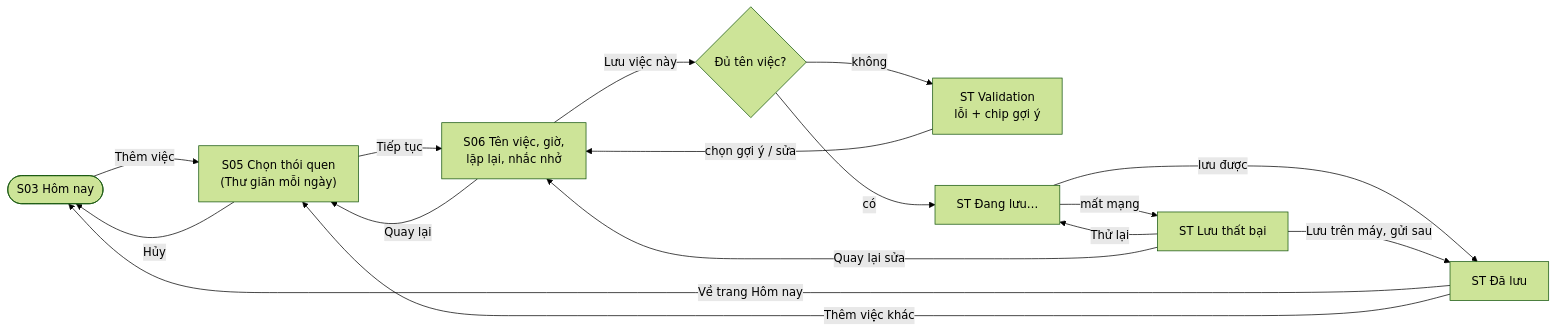
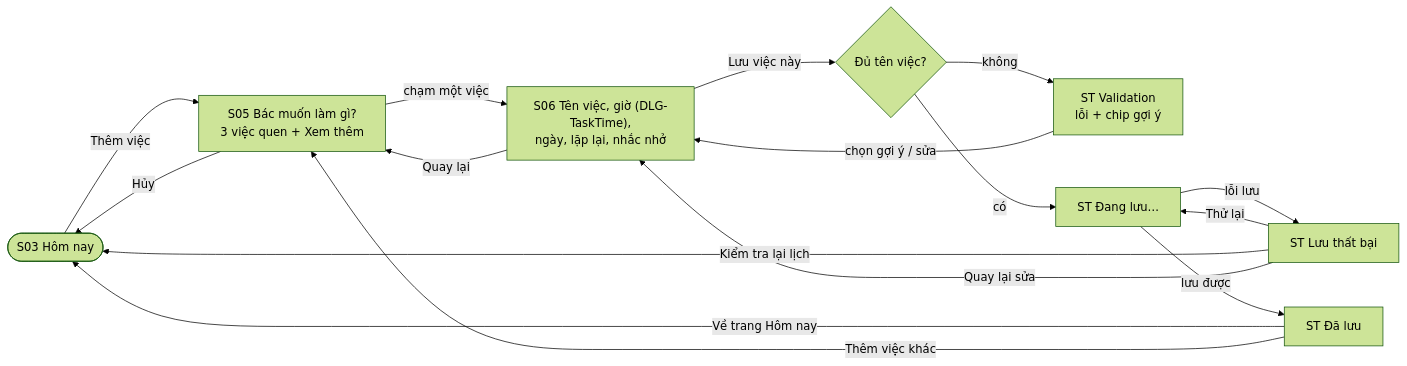
One commit to PhucSanh/Lab2-prm changed the third of 14 diagrams in ux/user-flow.md. Above: the diagram before and after it, drawn with Mermaid (forest theme). The commit also changed other lines of this file and 249 other files, not shown here.

````diff
--- a/ux/user-flow.md
+++ b/ux/user-flow.md
@@ -65,18 +103,18 @@
 ```mermaid
 flowchart LR
-    S03(["S03 Hôm nay"]) -- "Thêm việc" --> S05["S05 Chọn thói quen<br/>(Thư giãn mỗi ngày)"]
-    S05 -- "Tiếp tục" --> S06["S06 Tên việc, giờ,<br/>lặp lại, nhắc nhở"]
+    S03(["S03 Hôm nay"]) -- "Thêm việc" --> S05["S05 Bác muốn làm gì?<br/>3 việc quen + Xem thêm"]
+    S05 -- "chạm một việc" --> S06["S06 Tên việc, giờ (DLG-TaskTime),<br/>ngày, lặp lại, nhắc nhở"]
     S06 -- "Lưu việc này" --> V{"Đủ tên việc?"}
     V -- "không" --> VAL["ST Validation<br/>lỗi + chip gợi ý"]
     VAL -- "chọn gợi ý / sửa" --> S06
     V -- "có" --> LOAD["ST Đang lưu…"]
     LOAD -- "lưu được" --> SAVED["ST Đã lưu"]
-    LOAD -- "mất mạng" --> ERR["ST Lưu thất bại"]
+    LOAD -- "lỗi lưu" --> ERR["ST Lưu thất bại"]
     ERR -- "Thử lại" --> LOAD
-    ERR -- "Lưu trên máy, gửi sau" --> SAVED
+    ERR -- "Kiểm tra lại lịch" --> S03
     ERR -- "Quay lại sửa" --> S06
     SAVED -- "Về trang Hôm nay" --> S03
     SAVED -- "Thêm việc khác" --> S05
     S05 -- "Hủy" --> S03
     S06 -- "Quay lại" --> S05
 ```
````
